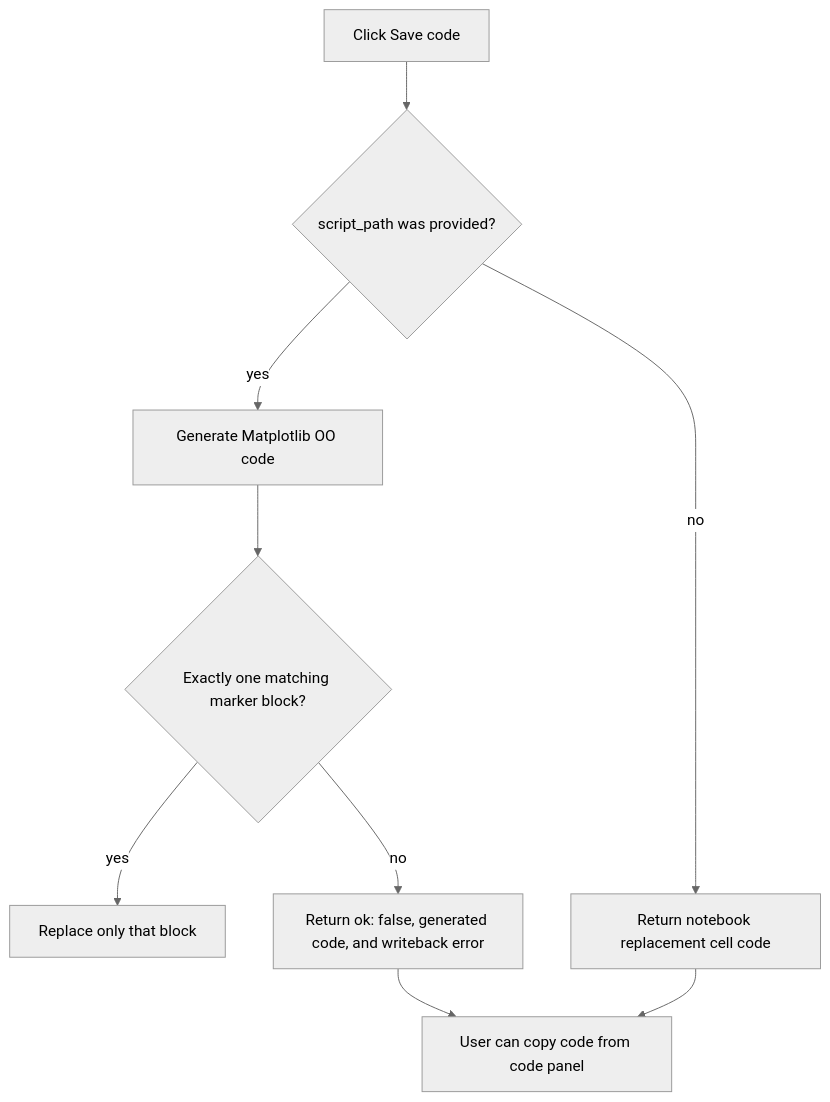
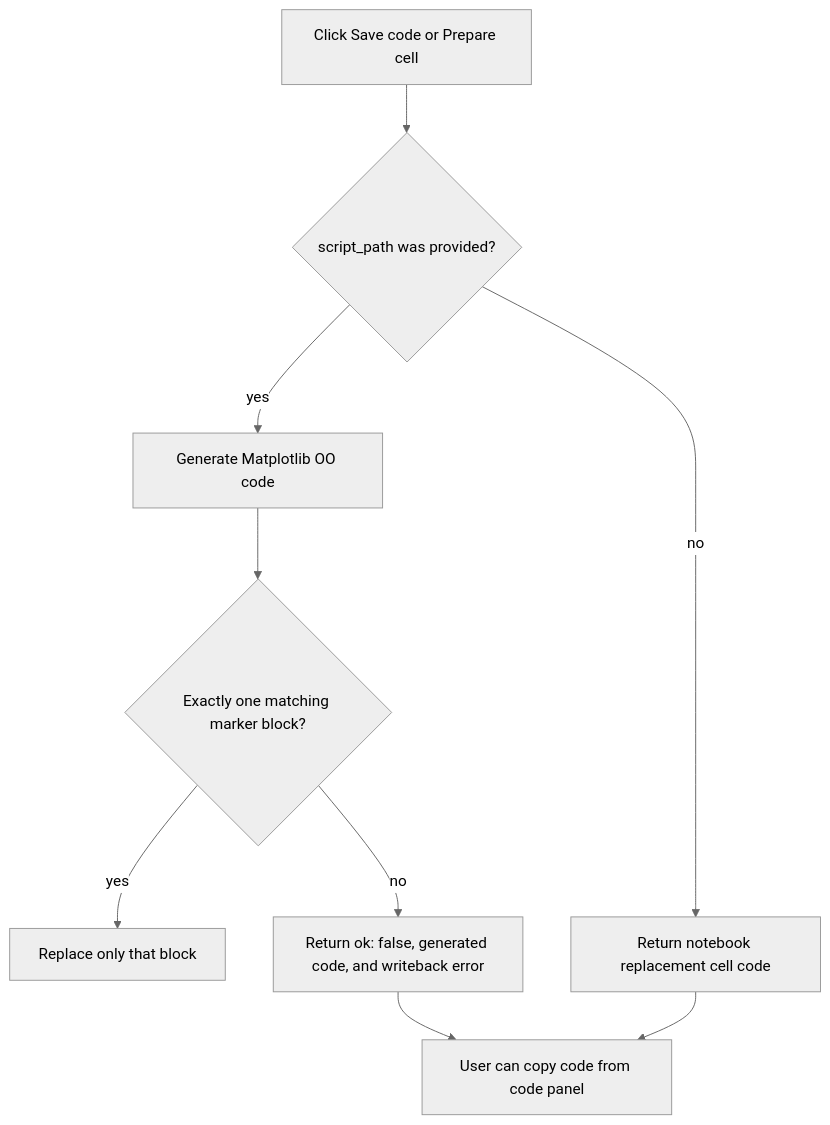
Before and after one commit to Isabelle20070607/figstudio: the diagram in docs/en/save-export-reuse.md, drawn with Mermaid (neutral theme). The commit also changed other lines of this file and 8 other files, not shown here.

````diff
--- a/docs/en/save-export-reuse.md
+++ b/docs/en/save-export-reuse.md
@@ -7,11 +7,11 @@
 ```mermaid
 flowchart TD
-  A["Click Save code"] --> B{"script_path was provided?"}
+  A["Click Save code or Prepare cell"] --> B{"script_path was provided?"}
   B -->|yes| C["Generate Matplotlib OO code"]
   C --> D{"Exactly one matching marker block?"}
   D -->|yes| E["Replace only that block"]
   D -->|no| F["Return ok: false, generated code, and writeback error"]
   B -->|no| G["Return notebook replacement cell code"]
   F --> H["User can copy code from code panel"]
   G --> H
 ```
````
